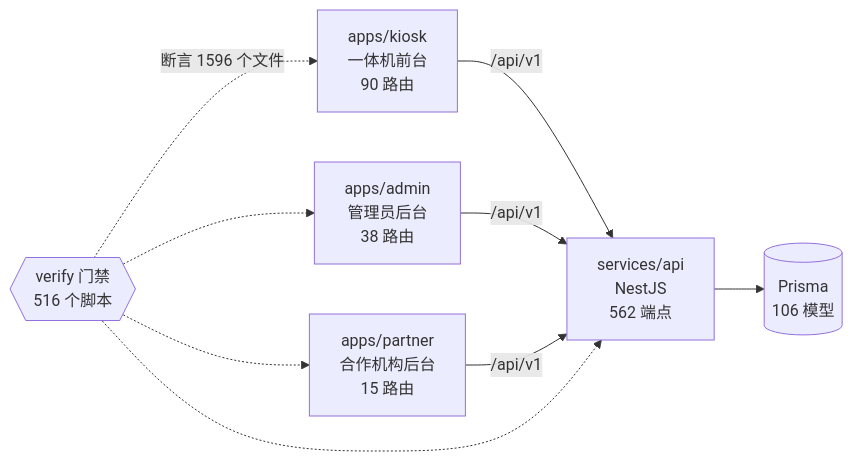
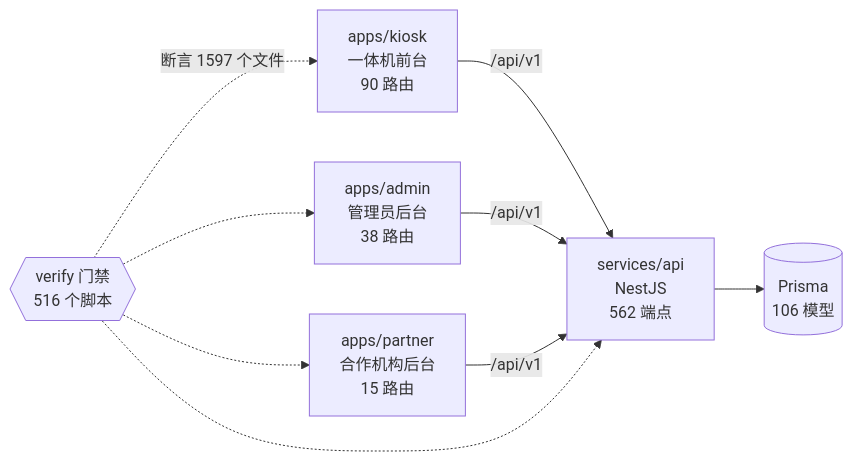
The diagram in docs/graph/README.md (wanglei581/YITIJI), drawn with Mermaid before and after one commit. The commit also changed other lines of this file and 3 other files, not shown here.

Commit message:
docs: 送模型前遮盖补齐的进度；图谱

````diff
--- a/docs/graph/README.md
+++ b/docs/graph/README.md
@@ -68,18 +68,18 @@
 ```mermaid
 flowchart LR
   kiosk["apps/kiosk<br/>一体机前台<br/>90 路由"]
   admin["apps/admin<br/>管理员后台<br/>38 路由"]
   partner["apps/partner<br/>合作机构后台<br/>15 路由"]
   api["services/api<br/>NestJS<br/>562 端点"]
   db[("Prisma<br/>106 模型")]
   gates{{"verify 门禁<br/>516 个脚本"}}
 
   kiosk -->|"/api/v1"| api
   admin -->|"/api/v1"| api
   partner -->|"/api/v1"| api
   api --> db
-  gates -.->|"断言 1596 个文件"| kiosk
+  gates -.->|"断言 1597 个文件"| kiosk
   gates -.-> admin
   gates -.-> partner
   gates -.-> api
 ```
````
